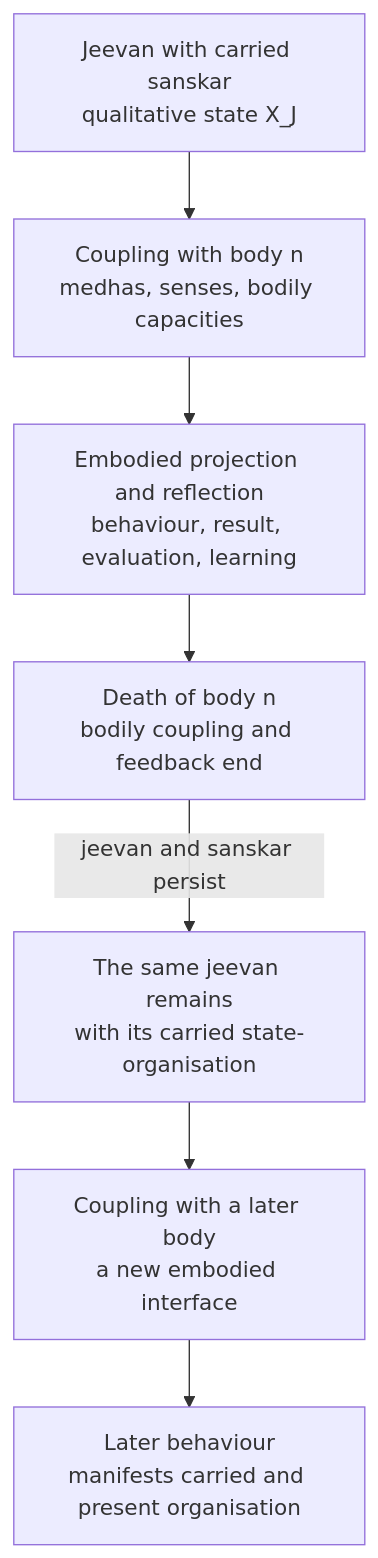
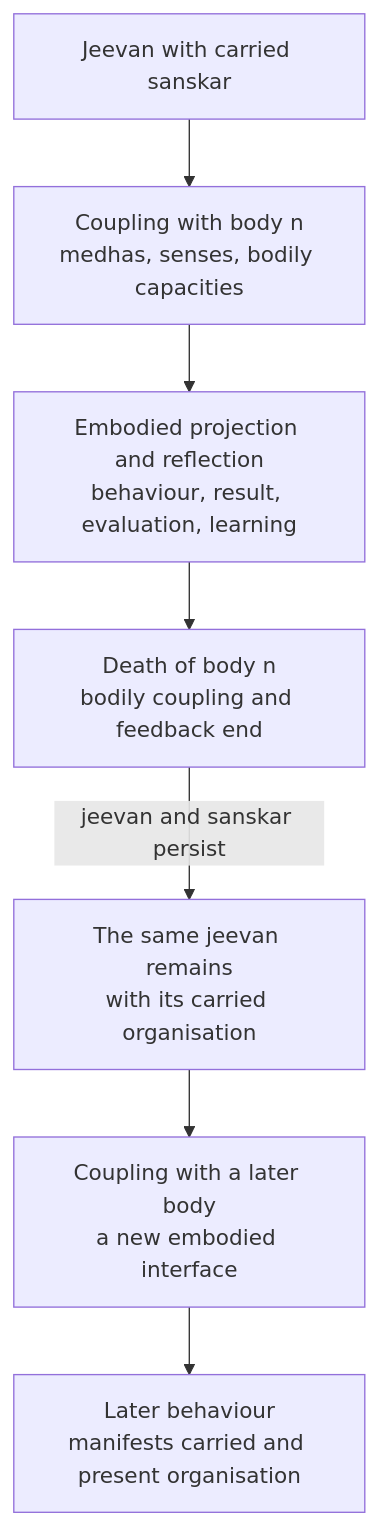
One commit to raghavamohan/AnalyticMadhyasthDarshan changed the diagram in Studies/The-Epistemology-of-Coexistence/Research-Note-Bal-Shakti-And-Activity.md. Above: the diagram before and after it, drawn with Mermaid. The commit also changed other lines of this file and 3 other files, not shown here.

````diff
--- a/Studies/The-Epistemology-of-Coexistence/Research-Note-Bal-Shakti-And-Activity.md
+++ b/Studies/The-Epistemology-of-Coexistence/Research-Note-Bal-Shakti-And-Activity.md
@@ -267,14 +200,14 @@
 ```mermaid
 flowchart TD
-    J1["Jeevan with carried sanskar<br/>qualitative state X_J"]
+    J1["Jeevan with carried sanskar"]
     B1["Coupling with body n<br/>medhas, senses, bodily capacities"]
     L1["Embodied projection and reflection<br/>behaviour, result, evaluation, learning"]
     D1["Death of body n<br/>bodily coupling and feedback end"]
-    J2["The same jeevan remains<br/>with its carried state-organisation"]
+    J2["The same jeevan remains<br/>with its carried organisation"]
     B2["Coupling with a later body<br/>a new embodied interface"]
     O2["Later behaviour<br/>manifests carried and present organisation"]
 
     J1 --> B1 --> L1 --> D1
     D1 -->|"jeevan and sanskar persist"| J2
     J2 --> B2 --> O2
 ```
````
